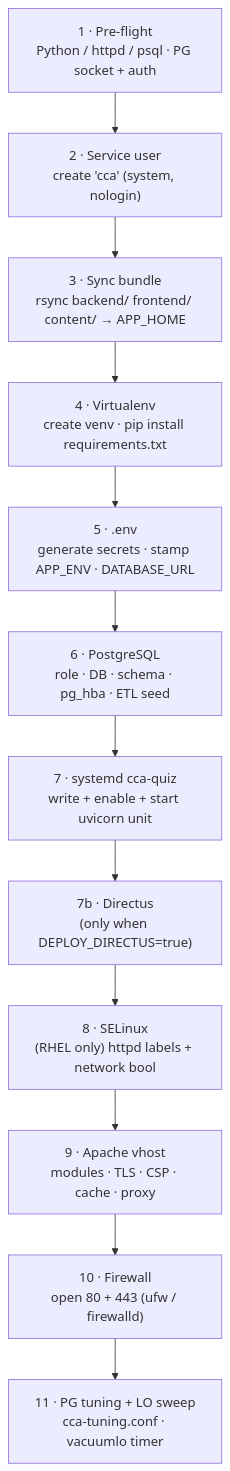
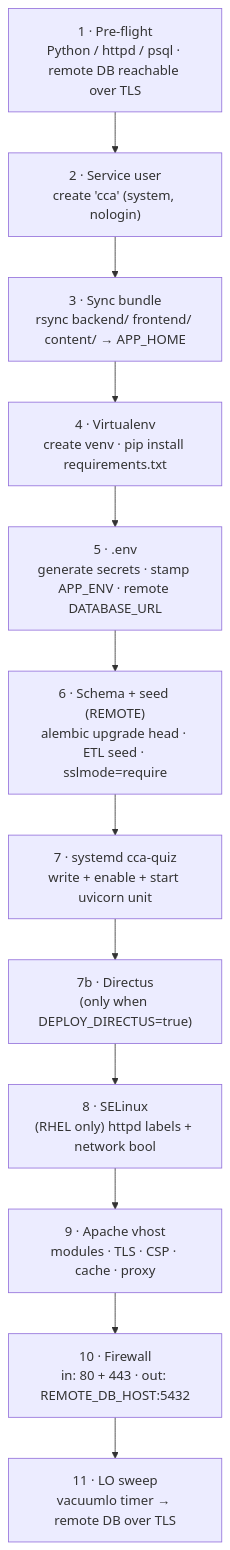
Before and after one commit to yashmody/code-anatomy: the diagram in docs-site/docs/deployment/deploy-script.md, drawn with Mermaid. The commit also changed other lines of this file and 15 other files, not shown here.

First line of the commit message:
docs: remote shared-Postgres topology — cutover pre-flight, RUNBOOK DB ops, docs-site topology diagrams

````diff
--- a/docs-site/docs/deployment/deploy-script.md
+++ b/docs-site/docs/deployment/deploy-script.md
@@ -68,14 +72,14 @@
 ```mermaid
 flowchart TD
-    A["1 · Pre-flight<br/>Python / httpd / psql · PG socket + auth"] --> B["2 · Service user<br/>create 'cca' (system, nologin)"]
+    A["1 · Pre-flight<br/>Python / httpd / psql · remote DB reachable over TLS"] --> B["2 · Service user<br/>create 'cca' (system, nologin)"]
     B --> C["3 · Sync bundle<br/>rsync backend/ frontend/ content/ → APP_HOME"]
     C --> D["4 · Virtualenv<br/>create venv · pip install requirements.txt"]
-    D --> E["5 · .env<br/>generate secrets · stamp APP_ENV · DATABASE_URL"]
-    E --> F["6 · PostgreSQL<br/>role · DB · schema · pg_hba · ETL seed"]
+    D --> E["5 · .env<br/>generate secrets · stamp APP_ENV · remote DATABASE_URL"]
+    E --> F["6 · Schema + seed (REMOTE)<br/>alembic upgrade head · ETL seed · sslmode=require"]
     F --> G["7 · systemd cca-quiz<br/>write + enable + start uvicorn unit"]
     G --> H["7b · Directus<br/>(only when DEPLOY_DIRECTUS=true)"]
     H --> I["8 · SELinux<br/>(RHEL only) httpd labels + network bool"]
     I --> J["9 · Apache vhost<br/>modules · TLS · CSP · cache · proxy"]
-    J --> K["10 · Firewall<br/>open 80 + 443 (ufw / firewalld)"]
-    K --> L["11 · PG tuning + LO sweep<br/>cca-tuning.conf · vacuumlo timer"]
+    J --> K["10 · Firewall<br/>in: 80 + 443 · out: REMOTE_DB_HOST:5432"]
+    K --> L["11 · LO sweep<br/>vacuumlo timer → remote DB over TLS"]
 ```
````
